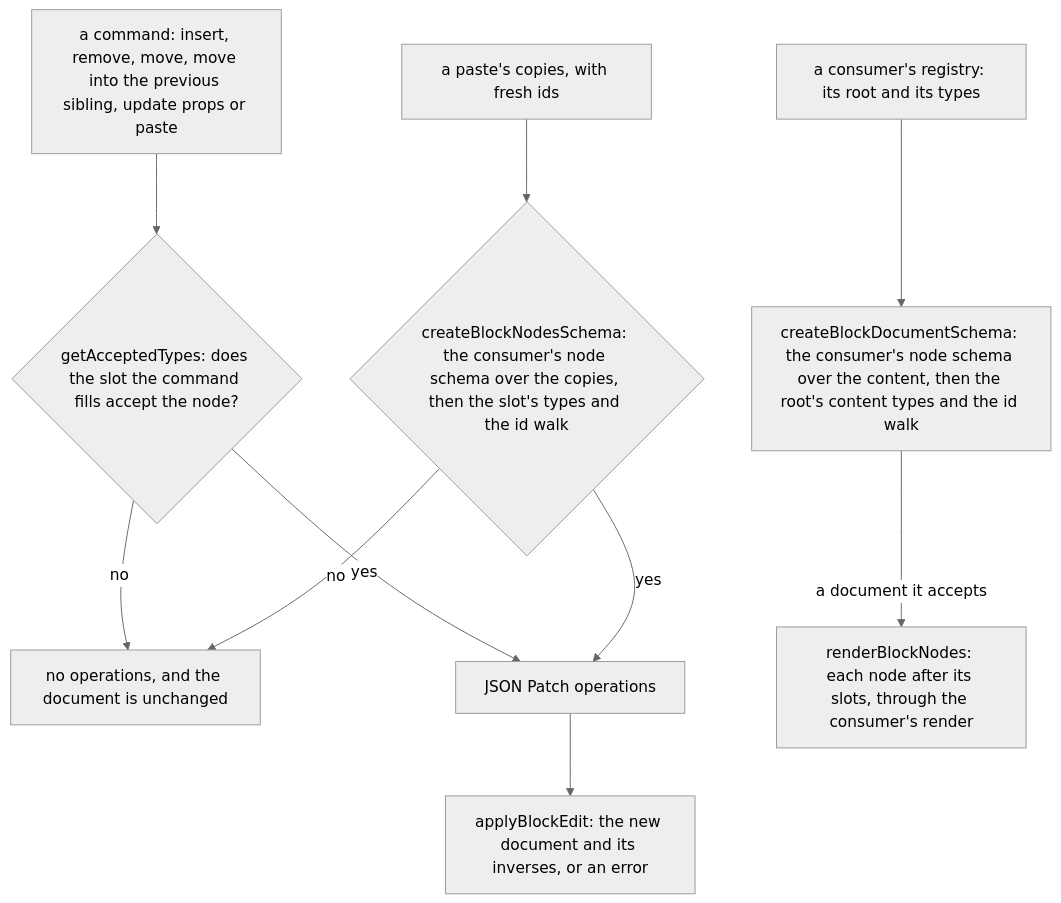
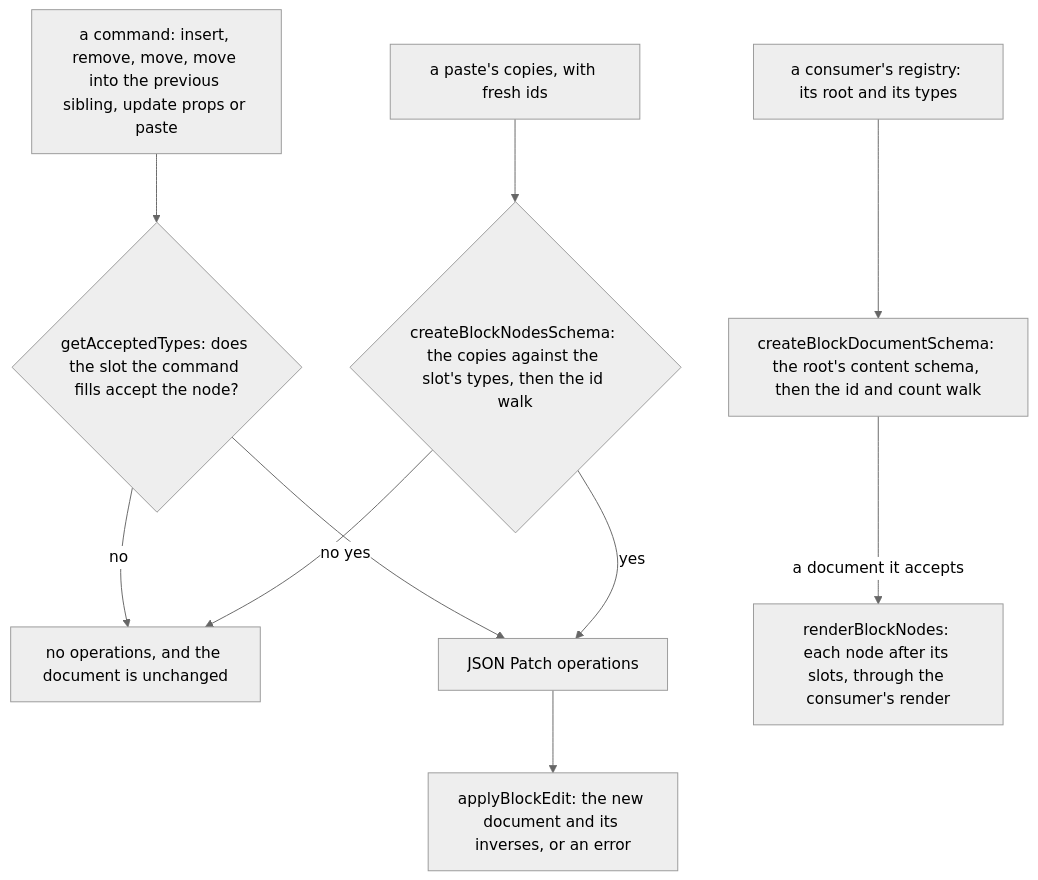
One commit to Esposter/Esposter changed the diagram in openspec/specs/headless-block-editor/editor-core/design.md. Above: the diagram before and after it, drawn with Mermaid (neutral theme). The commit also changed other lines of this file and 10 other files, not shown here.

First line of the commit message:
docs(openspec): the shape-first typed documents change is superseded, and the schema sections describe the root content schema as built

````diff
--- a/openspec/specs/headless-block-editor/editor-core/design.md
+++ b/openspec/specs/headless-block-editor/editor-core/design.md
@@ -7,12 +7,12 @@
 ```mermaid
 flowchart TD
-  REG["a consumer's registry: its root and its types"] --> SCHEMA["createBlockDocumentSchema: the consumer's node schema over the content, then the root's content types and the id walk"]
+  REG["a consumer's registry: its root and its types"] --> SCHEMA["createBlockDocumentSchema: the root's content schema, then the id and count walk"]
   CMD["a command: insert, remove, move, move into the previous sibling, update props or paste"] --> GATE{"getAcceptedTypes: does the slot the command fills accept the node?"}
-  PASTE["a paste's copies, with fresh ids"] --> COPIES{"createBlockNodesSchema: the consumer's node schema over the copies, then the slot's types and the id walk"}
+  PASTE["a paste's copies, with fresh ids"] --> COPIES{"createBlockNodesSchema: the copies against the slot's types, then the id walk"}
   GATE -->|no| NONE["no operations, and the document is unchanged"]
   COPIES -->|no| NONE
   GATE -->|yes| OPS["JSON Patch operations"]
   COPIES -->|yes| OPS
   OPS --> APPLY["applyBlockEdit: the new document and its inverses, or an error"]
   SCHEMA -->|"a document it accepts"| FOLD["renderBlockNodes: each node after its slots, through the consumer's render"]
 ```
````
